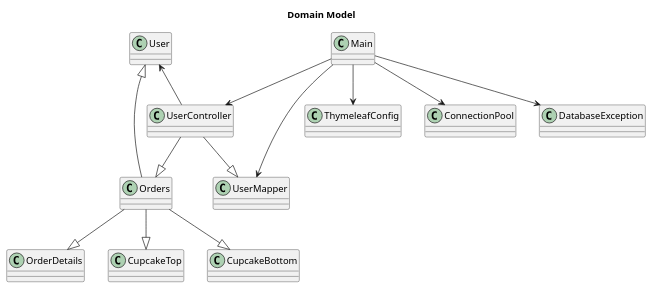
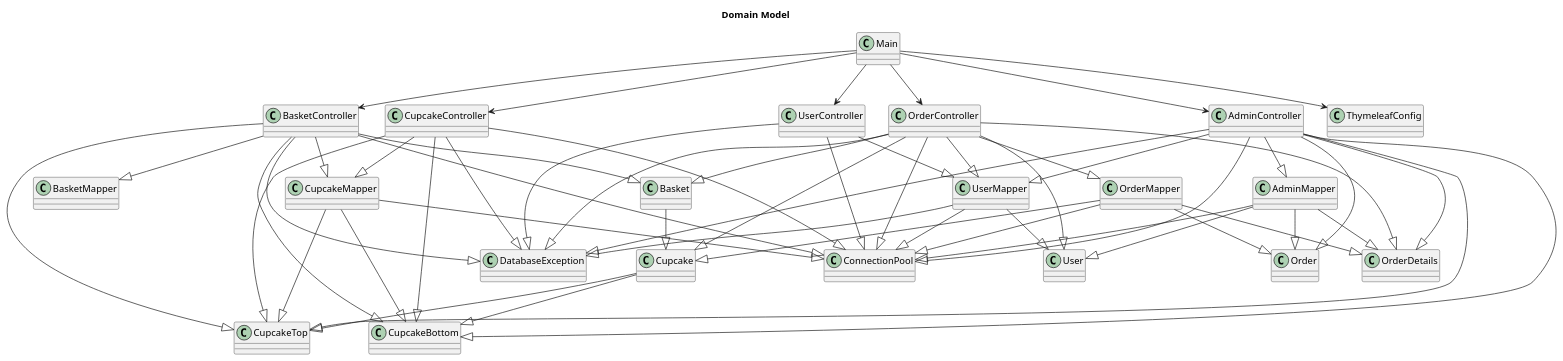
Before and after one commit to altinkaya/Cupcake: the diagram in models/DomainModel.puml, drawn with PlantUML.

```diff
--- a/models/DomainModel.puml
+++ b/models/DomainModel.puml
@@ -1,34 +1,100 @@
 @startuml
 
 title Domain Model
 
-Main -down-> UserMapper
+class Main
 Main -down-> UserController
+Main -down-> OrderController
+Main -down-> CupcakeController
+Main -down-> AdminController
+Main -down-> BasketController
 Main -down-> ThymeleafConfig
-Main -down-> ConnectionPool
-Main -down-> DatabaseException
+
+
+AdminController --|> AdminMapper
+AdminController --|> UserMapper
+AdminController --|> ConnectionPool
+AdminController --|> DatabaseException
+AdminController --|> CupcakeTop
+AdminController --|> CupcakeBottom
+AdminController --|> Order
+AdminController --|> OrderDetails
+
+BasketController --|> BasketMapper
+BasketController --|> DatabaseException
+BasketController --|> CupcakeMapper
+BasketController --|> CupcakeTop
+BasketController --|> CupcakeBottom
+BasketController --|> Basket
+BasketController --|> ConnectionPool
+
+CupcakeController --|> CupcakeMapper
+CupcakeController --|> DatabaseException
+CupcakeController --|> CupcakeTop
+CupcakeController --|> CupcakeBottom
+CupcakeController --|> ConnectionPool
+
 
 UserController --|> UserMapper
-UserController --|> Orders
+UserController --|> ConnectionPool
+UserController --|> DatabaseException
 
-Orders --|> OrderDetails
-Orders --|> User
 
-Orders --|> CupcakeTop
-Orders --|> CupcakeBottom
+OrderController --|> OrderMapper
+OrderController --|> OrderDetails
+OrderController --|> Basket
+OrderController --|> User
+OrderController --|> UserMapper
+OrderController --|> Cupcake
+OrderController --|> ConnectionPool
+OrderController --|> DatabaseException
 
-UserController -up-> User
+AdminMapper --|> Order
+AdminMapper --|> OrderDetails
+AdminMapper --|> User
+AdminMapper --|> ConnectionPool
+
+CupcakeMapper --|> CupcakeTop
+CupcakeMapper --|> CupcakeBottom
+CupcakeMapper --|> ConnectionPool
+
+OrderMapper --|> Order
+OrderMapper --|> ConnectionPool
+OrderMapper --|> Cupcake
+OrderMapper --|> OrderDetails
+
+UserMapper --|> ConnectionPool
+UserMapper --|> DatabaseException
+UserMapper --|> User
+
+
+Cupcake --|> CupcakeTop
+Cupcake --|> CupcakeBottom
+
+Basket --|> Cupcake
+
 
 class UserMapper
+class AdminMapper
+class CupcakeMapper
+class OrderMapper
 class ConnectionPool
 class DatabaseException
 class User
 class UserController
+class AdminController
+class BasketController
+class CupcakeController
+class OrderController
 class ThymeleafConfig
-class Orders
+class Order
 class OrderDetails
 class CupcakeTop
 class CupcakeBottom
+class Basket
+class Cupcake
+
+
 
 
 @enduml
```
